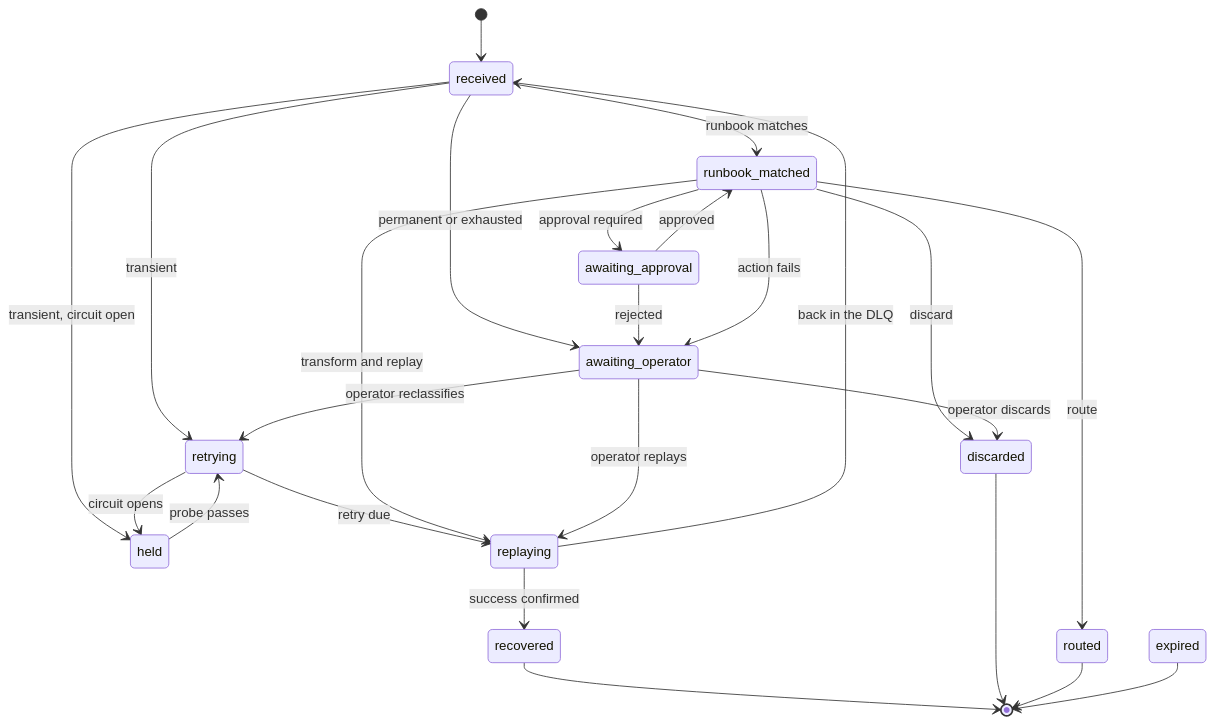
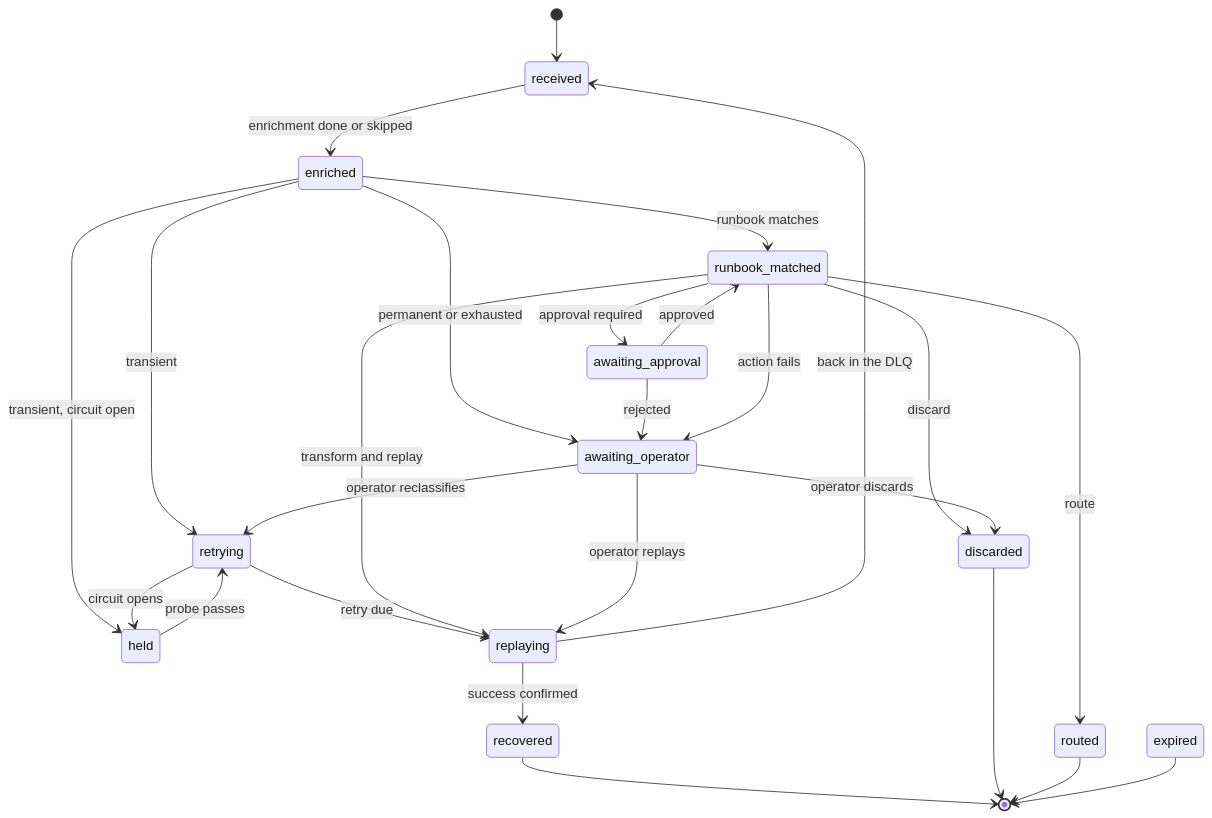
Before and after one commit to opendlq/OpenDLQ: the second of 2 diagrams in docs/architecture.md, drawn with Mermaid. The commit also changed other lines of this file and 2 other files, not shown here.

First line of the commit message:
docs: add enriched state and enricher-first flow

````diff
--- a/docs/architecture.md
+++ b/docs/architecture.md
@@ -58,27 +59,28 @@
 ```mermaid
 stateDiagram-v2
     [*] --> received
-    received --> retrying: transient
-    received --> held: transient, circuit open
-    received --> runbook_matched: runbook matches
-    received --> awaiting_operator: permanent or exhausted
+    received --> enriched: enrichment done or skipped
+    enriched --> retrying: transient
+    enriched --> held: transient, circuit open
+    enriched --> runbook_matched: runbook matches
+    enriched --> awaiting_operator: permanent or exhausted
     retrying --> held: circuit opens
     held --> retrying: probe passes
     retrying --> replaying: retry due
     runbook_matched --> awaiting_approval: approval required
     awaiting_approval --> runbook_matched: approved
     awaiting_approval --> awaiting_operator: rejected
     runbook_matched --> replaying: transform and replay
     runbook_matched --> routed: route
     runbook_matched --> discarded: discard
     runbook_matched --> awaiting_operator: action fails
     awaiting_operator --> replaying: operator replays
     awaiting_operator --> retrying: operator reclassifies
     awaiting_operator --> discarded: operator discards
     replaying --> recovered: success confirmed
     replaying --> received: back in the DLQ
     recovered --> [*]
     discarded --> [*]
     routed --> [*]
     expired --> [*]
 ```
````
